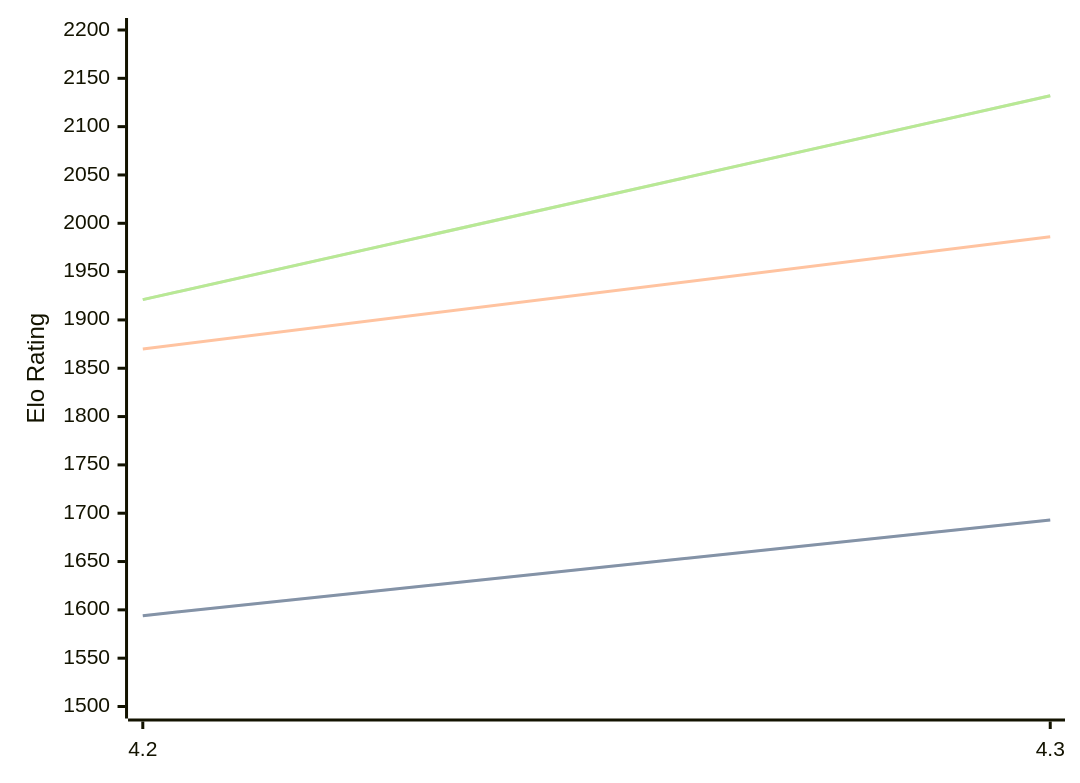
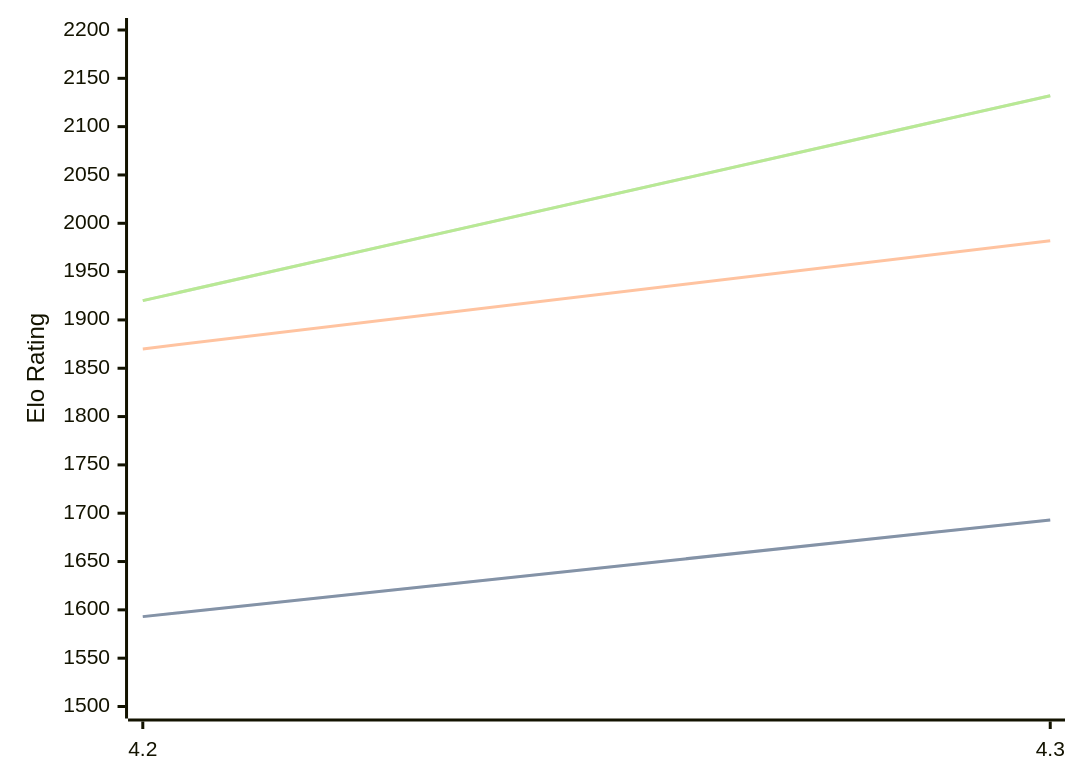
One commit to computer-chess-index/cci changed the diagram in engines/Radiance.md. Above: the diagram before and after it, drawn with Mermaid. The commit also changed other lines of this file, not shown here.

Commit message:
Update CCI Ratings (ELO VLTC) - 2026-04-17

````diff
--- a/engines/Radiance.md
+++ b/engines/Radiance.md
@@ -35,11 +35,11 @@
 ```mermaid
 %%{init: {"theme":"base","themeVariables":{"seriesColors:['#a3a3a3','#222221','#faa371']}}}%%
 xychart-beta
   x-axis ["4.2", "4.3"]
   y-axis "Elo Rating" 1500 --> 2200
-  line "STC (8.0+0.08s)" [1594, 1693]
-  line "STC (8.0+0.08s)" [1594, 1693]
-  line "LTC (60.0+0.60s)" [1870, 1986]
-  line "VLTC (2m24s+1.12s)" [1921, 2132]
-  line "VLTC (2m24s+1.12s)" [1921, 2132]
+  line "STC (8.0+0.08s)" [1593, 1693]
+  line "STC (8.0+0.08s)" [1593, 1693]
+  line "LTC (60.0+0.60s)" [1870, 1982]
+  line "VLTC (2m24s+1.12s)" [1920, 2132]
+  line "VLTC (2m24s+1.12s)" [1920, 2132]
 ```
````
